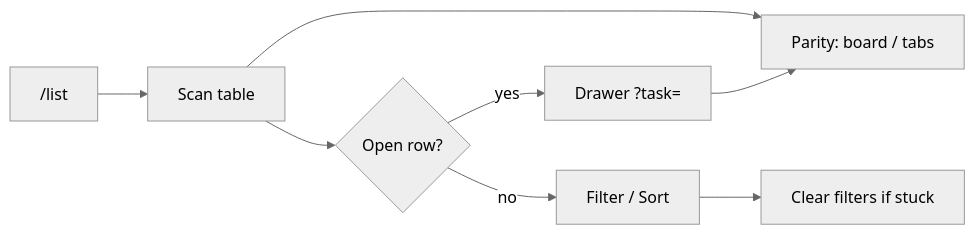
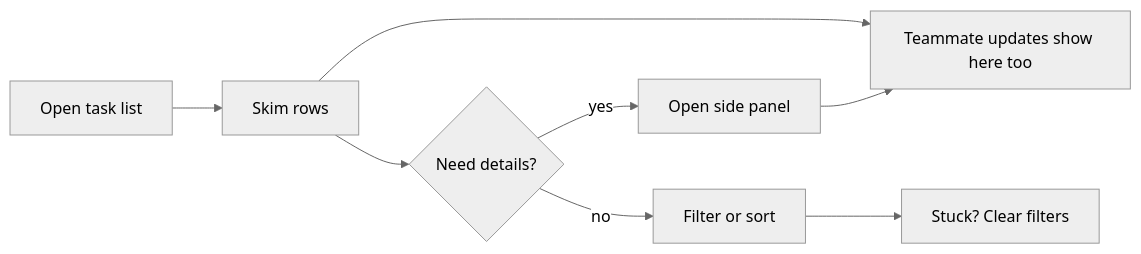
Before and after one commit to wildan-png/todoAppWorkflow-design: the first of 28 diagrams in research/user-journeys.md, drawn with Mermaid (neutral theme). The commit also changed other lines of this file, not shown here.

First line of the commit message:
docs: humanize user journey copy (Part A, steps, diagrams)

````diff
--- a/research/user-journeys.md
+++ b/research/user-journeys.md
@@ -64,10 +64,10 @@
 ```mermaid
 flowchart LR
-  L["/list"] --> S[Scan table]
-  S --> R{Open row?}
-  R -->|yes| D["Drawer ?task="]
-  R -->|no| F[Filter / Sort]
-  S --> P[Parity: board / tabs]
-  F --> C[Clear filters if stuck]
+  L[Open task list] --> S[Skim rows]
+  S --> R{Need details?}
+  R -->|yes| D[Open side panel]
+  R -->|no| F[Filter or sort]
+  S --> P[Teammate updates show here too]
+  F --> C[Stuck? Clear filters]
   D --> P
 ```
````
